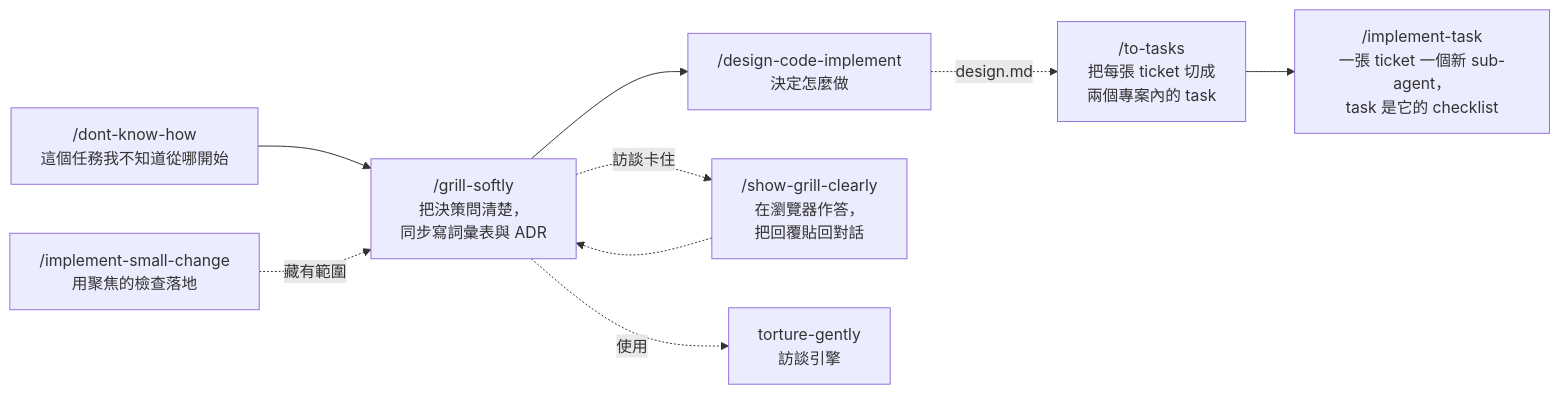
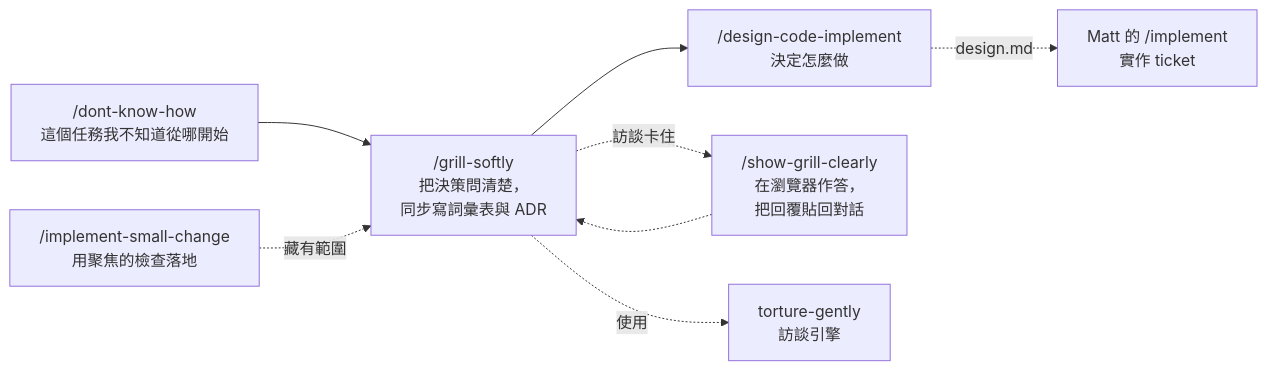
The diagram in README.zh-TW.md (GUOJIE-HONG/skills), drawn with Mermaid before and after one commit. The commit also changed other lines of this file and 9 other files, not shown here.

First line of the commit message:
feat!: 棄用 to-tasks 與 implement-task 並移至 deprecated 資料夾

````diff
--- a/README.zh-TW.md
+++ b/README.zh-TW.md
@@ -68,12 +68,11 @@
 ```mermaid
 flowchart LR
     A["/dont-know-how<br/>這個任務我不知道從哪開始"] --> B["/grill-softly<br/>把決策問清楚，<br/>同步寫詞彙表與 ADR"]
     B --> C["/design-code-implement<br/>決定怎麼做"]
     D["/implement-small-change<br/>用聚焦的檢查落地"]
-    C -.->|"design.md"| G["/to-tasks<br/>把每張 ticket 切成<br/>兩個專案內的 task"]
-    G --> H["/implement-task<br/>一張 ticket 一個新 sub-agent，<br/>task 是它的 checklist"]
+    C -.->|"design.md"| G["Matt 的 /implement<br/>實作 ticket"]
     B -. 訪談卡住 .-> E["/show-grill-clearly<br/>在瀏覽器作答，<br/>把回覆貼回對話"]
     E -.-> B
     B -. 使用 .-> F["torture-gently<br/>訪談引擎"]
     D -. 藏有範圍 .-> B
 ```
````
